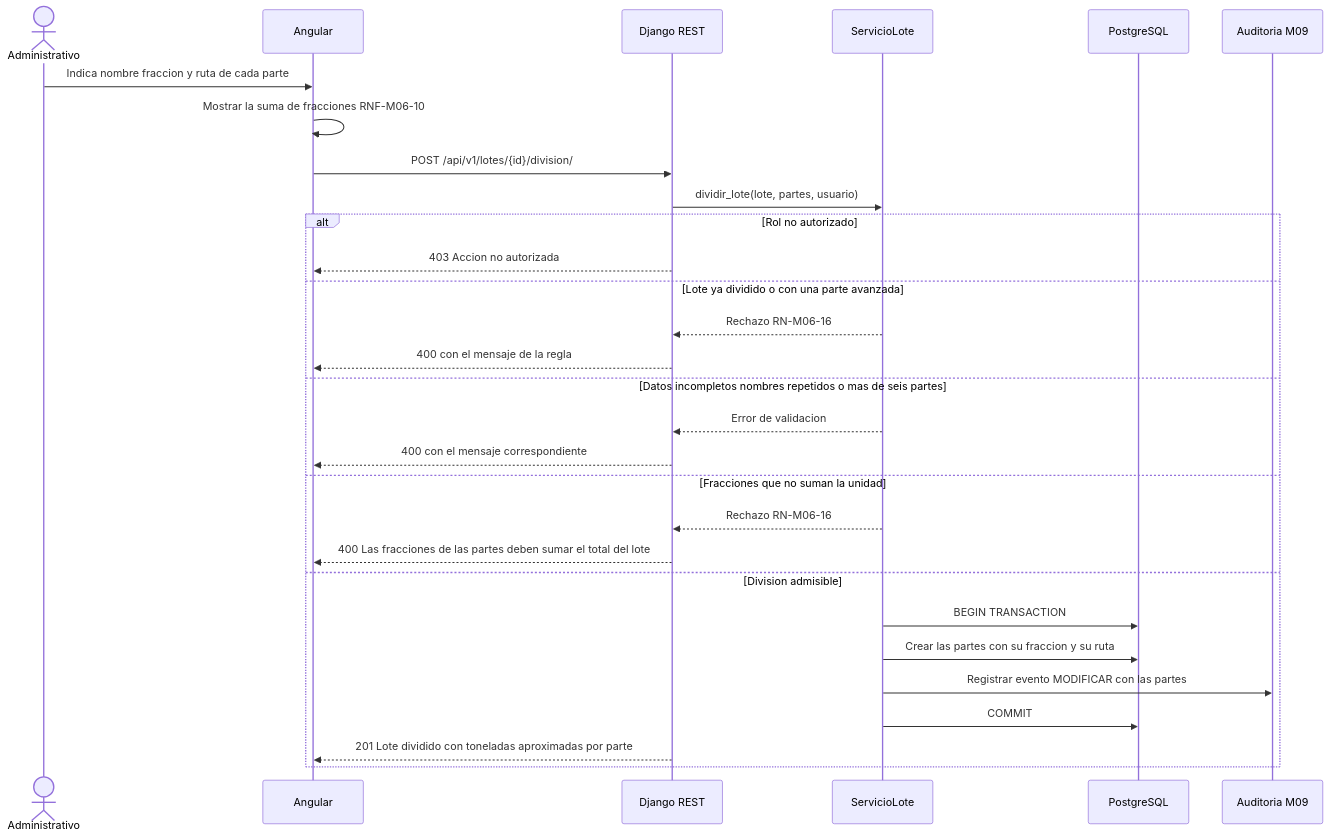
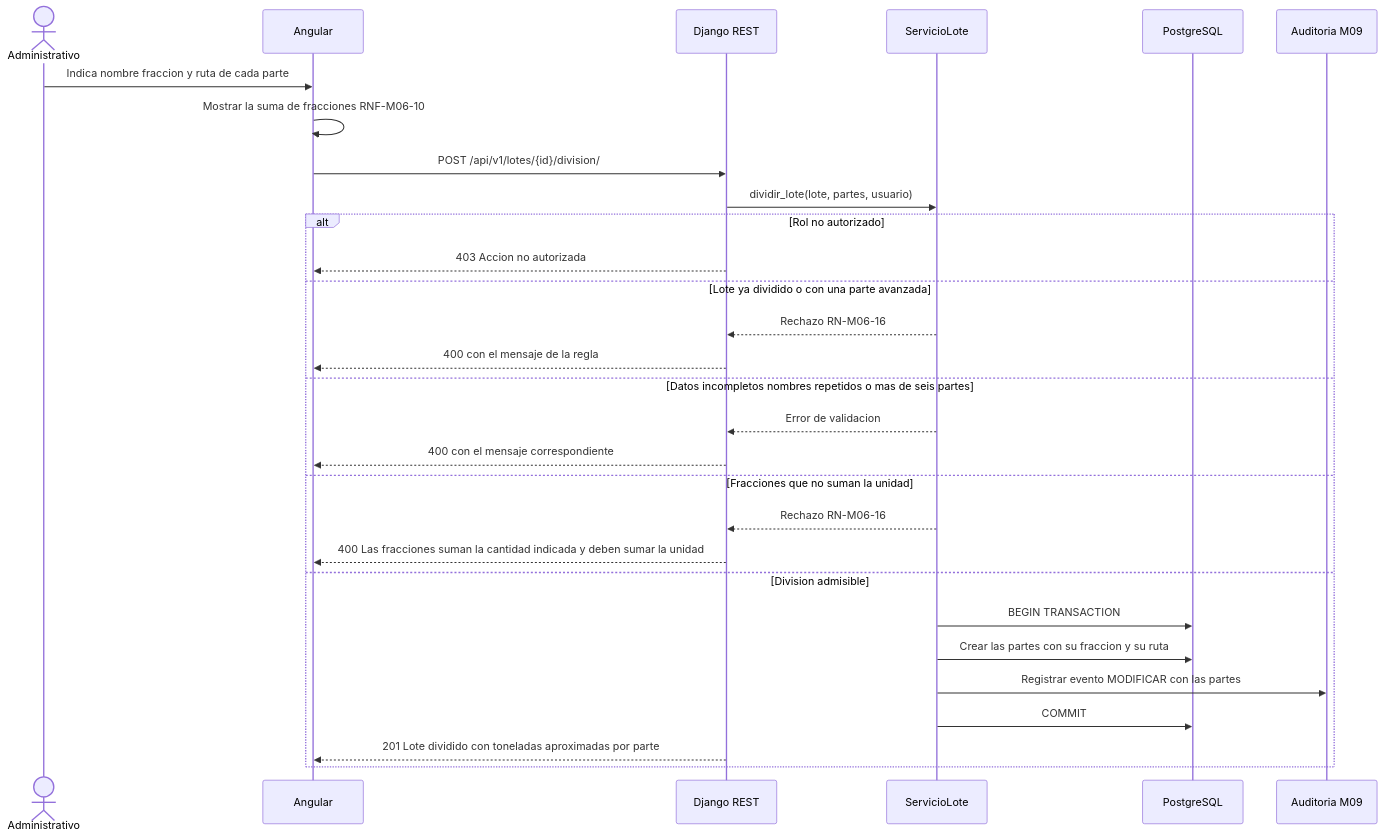
One commit to adlerOmonte1/LogisticaMinera changed the fourth of 5 diagrams in docs/modulos/M06-trazabilidad/diagramas/secuencia.md. Above: the diagram before and after it, drawn with Mermaid. The commit also changed 72 other files, not shown here.

````diff
--- a/docs/modulos/M06-trazabilidad/diagramas/secuencia.md
+++ b/docs/modulos/M06-trazabilidad/diagramas/secuencia.md
@@ -153,33 +153,33 @@
 ```mermaid
 sequenceDiagram
     actor A as Administrativo
     participant NG as Angular
     participant API as Django REST
     participant SRV as ServicioLote
     participant DB as PostgreSQL
     participant AUD as Auditoria M09
 
     A->>NG: Indica nombre fraccion y ruta de cada parte
     NG->>NG: Mostrar la suma de fracciones RNF-M06-10
     NG->>API: POST /api/v1/lotes/{id}/division/
     API->>SRV: dividir_lote(lote, partes, usuario)
 
     alt Rol no autorizado
         API-->>NG: 403 Accion no autorizada
     else Lote ya dividido o con una parte avanzada
         SRV-->>API: Rechazo RN-M06-16
         API-->>NG: 400 con el mensaje de la regla
     else Datos incompletos nombres repetidos o mas de seis partes
         SRV-->>API: Error de validacion
         API-->>NG: 400 con el mensaje correspondiente
     else Fracciones que no suman la unidad
         SRV-->>API: Rechazo RN-M06-16
-        API-->>NG: 400 Las fracciones de las partes deben sumar el total del lote
+        API-->>NG: 400 Las fracciones suman la cantidad indicada y deben sumar la unidad
     else Division admisible
         SRV->>DB: BEGIN TRANSACTION
         SRV->>DB: Crear las partes con su fraccion y su ruta
         SRV->>AUD: Registrar evento MODIFICAR con las partes
         SRV->>DB: COMMIT
         API-->>NG: 201 Lote dividido con toneladas aproximadas por parte
     end
 ```
````
